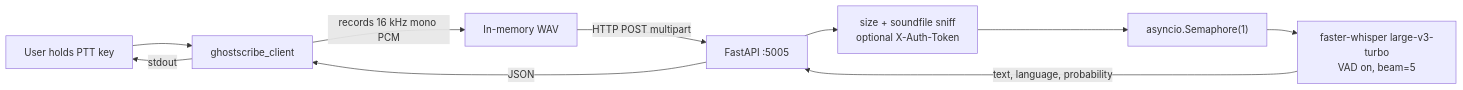
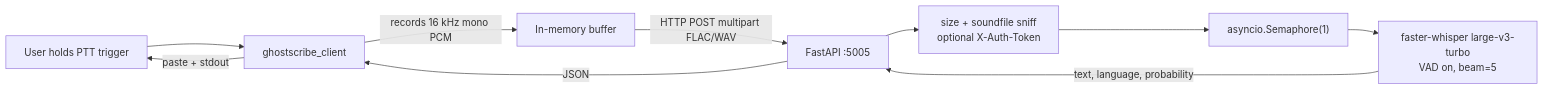
One commit to yojo76/ghostscribe changed the diagram in README.md. Above: the diagram before and after it, drawn with Mermaid. The commit also changed other lines of this file and 1 other file, not shown here.

````diff
--- a/README.md
+++ b/README.md
@@ -15,12 +11,12 @@
 ```mermaid
 flowchart LR
-    User[User holds PTT key] --> Client[ghostscribe_client]
-    Client -->|records 16 kHz mono PCM| Buffer[In-memory WAV]
-    Buffer -->|HTTP POST multipart| Server["FastAPI :5005"]
+    User[User holds PTT trigger] --> Client[ghostscribe_client]
+    Client -->|records 16 kHz mono PCM| Buffer[In-memory buffer]
+    Buffer -->|HTTP POST multipart FLAC/WAV| Server["FastAPI :5005"]
     Server --> Guard["size + soundfile sniff<br/>optional X-Auth-Token"]
     Guard --> Sem["asyncio.Semaphore(1)"]
     Sem --> Model["faster-whisper large-v3-turbo<br/>VAD on, beam=5"]
     Model -->|"text, language, probability"| Server
     Server -->|JSON| Client
-    Client -->|stdout| User
+    Client -->|"paste + stdout"| User
 ```
````
